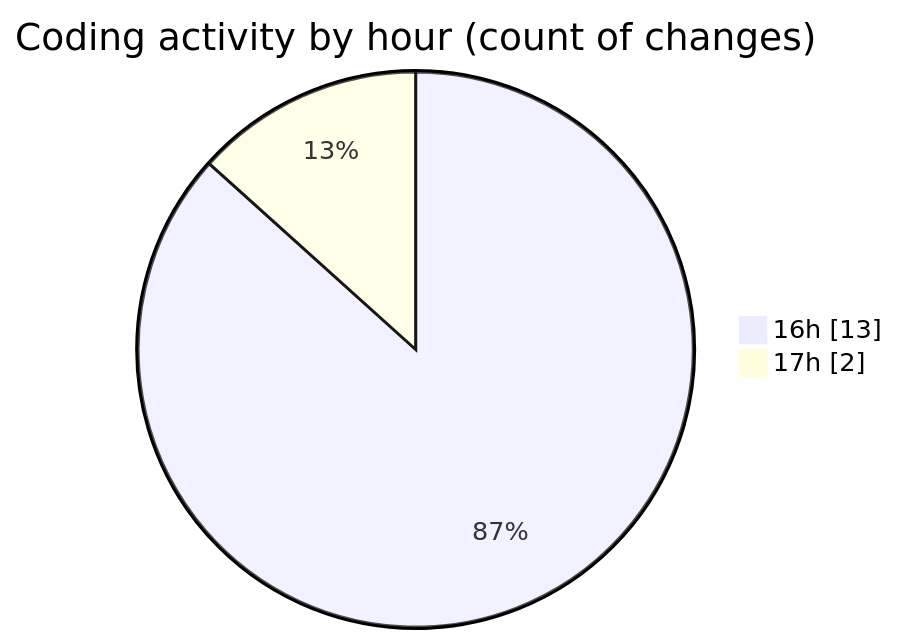
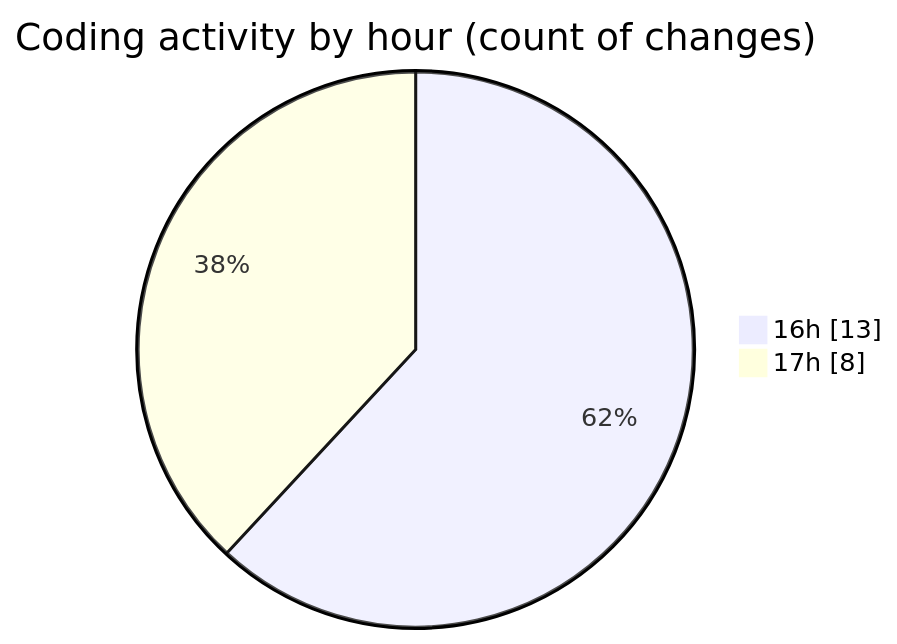
The second of 2 diagrams in 2025-05-28/studio-backend/README.md (idhammustaqopulfikri/code-tracking), drawn with Mermaid before and after one commit. The commit also changed other lines of this file and 1 other file, not shown here.

````diff
--- a/2025-05-28/studio-backend/README.md
+++ b/2025-05-28/studio-backend/README.md
@@ -34,6 +38,6 @@
 ```mermaid
 pie showData
 title Coding activity by hour (count of changes)
 "16h" : 13
-"17h" : 2
+"17h" : 8
 ```
````
